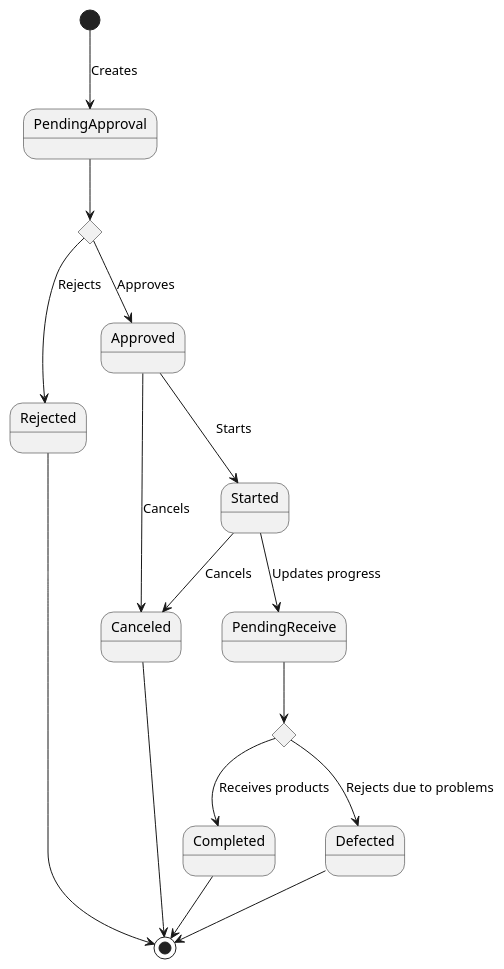
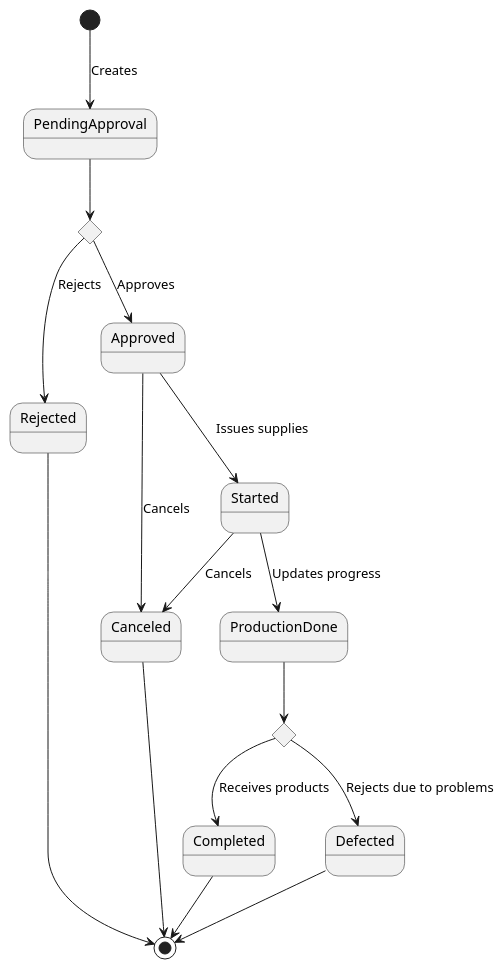
One commit to phihungha/scmss-reqs changed the diagram in states/production-order.plantuml. Above: the diagram before and after it, drawn with PlantUML. The commit also changed 1 other file, not shown here.

```diff
--- a/states/production-order.plantuml
+++ b/states/production-order.plantuml
@@ -1,25 +1,25 @@
 @startuml production-order
 
 [*] --> PendingApproval : Creates
 
 state approval <<choice>>
 PendingApproval --> approval
 approval --> Rejected : Rejects
 Rejected --> [*]
 approval --> Approved : Approves
 
 Approved --> Canceled : Cancels
-Approved --> Started : Starts
+Approved --> Started : Issues supplies
 
 Started --> Canceled : Cancels
-Started --> PendingReceive : Updates progress
+Started --> ProductionDone : Updates progress
 
 state check <<choice>>
-PendingReceive --> check
+ProductionDone --> check
 check --> Completed : Receives products
 Completed --> [*]
 check --> Defected : Rejects due to problems
 Defected --> [*]
 
 Canceled --> [*]
 @enduml
```
